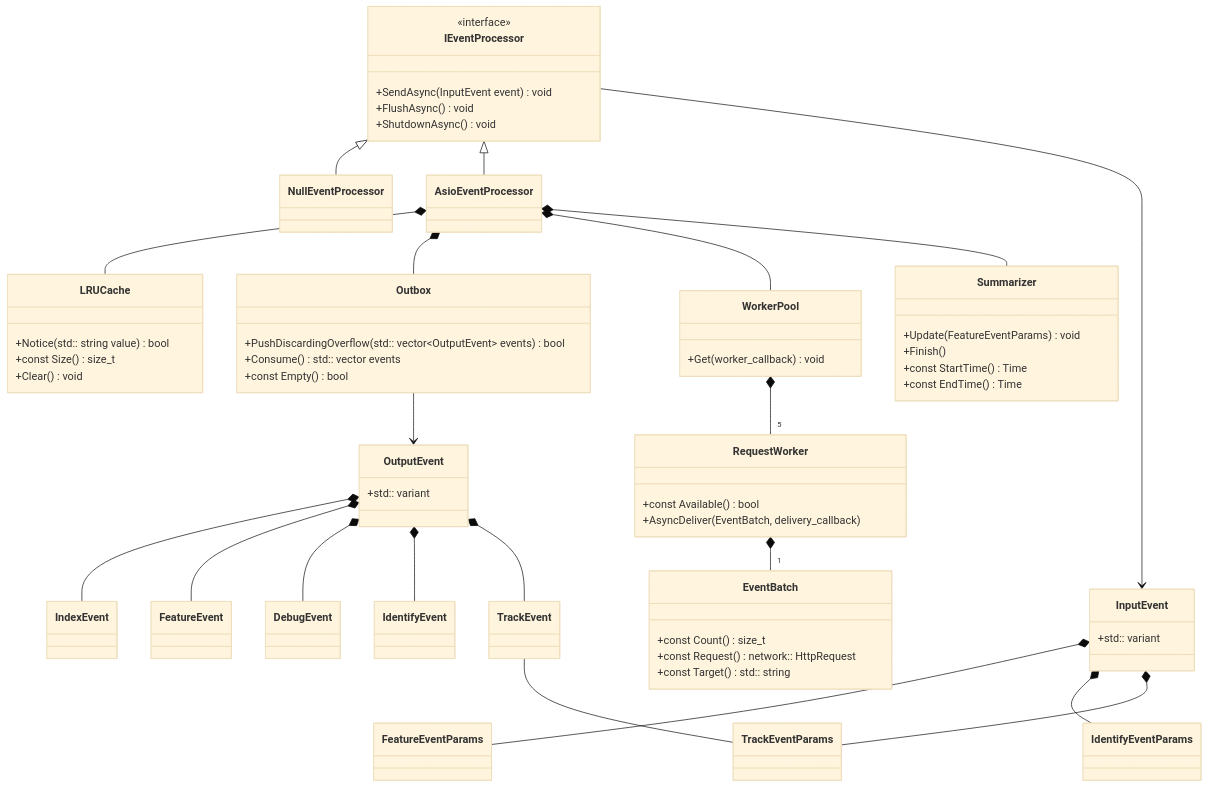
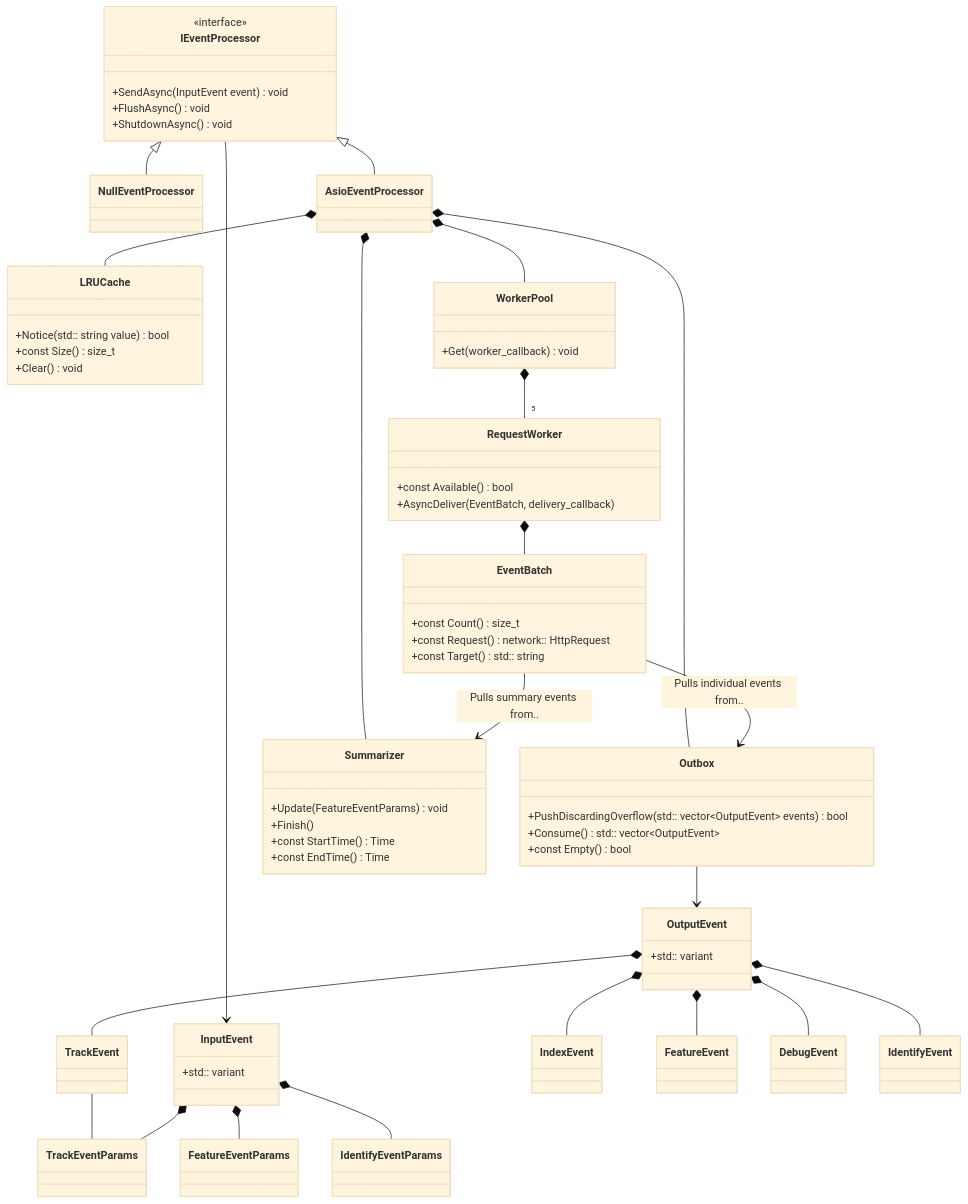
One commit to launchdarkly/cpp-sdks changed the diagram in architecture/event_processor.md. Above: the diagram before and after it, drawn with Mermaid (base theme).

Commit message:
make summary event creation clearer

````diff
--- a/architecture/event_processor.md
+++ b/architecture/event_processor.md
@@ -13,7 +13,7 @@
     AsioEventProcessor *-- WorkerPool
     AsioEventProcessor *-- Summarizer
 
-    RequestWorker *-- "1" EventBatch
+    RequestWorker *-- EventBatch
     WorkerPool *-- "5" RequestWorker
 
     TrackEvent -- TrackEventParams
@@ -27,8 +27,12 @@
     OutputEvent *-- IdentifyEvent
     OutputEvent *-- TrackEvent
 
+    EventBatch --> Summarizer: Pulls summary events from..
+    EventBatch --> Outbox: Pulls individual events from..
+
     IEventProcessor --> InputEvent
     Outbox --> OutputEvent
+
 
     class IEventProcessor {
         <<interface>>
@@ -59,7 +63,7 @@
 
     class Outbox {
         +PushDiscardingOverflow(std:: vector~OutputEvent~ events) bool
-        +Consume() std:: vector events
+        +Consume() std:: vector~OutputEvent~
         +const Empty() bool
     }
 
@@ -121,5 +125,6 @@
     class TrackEvent {
 
     }
+
 %% }
 ```
````
